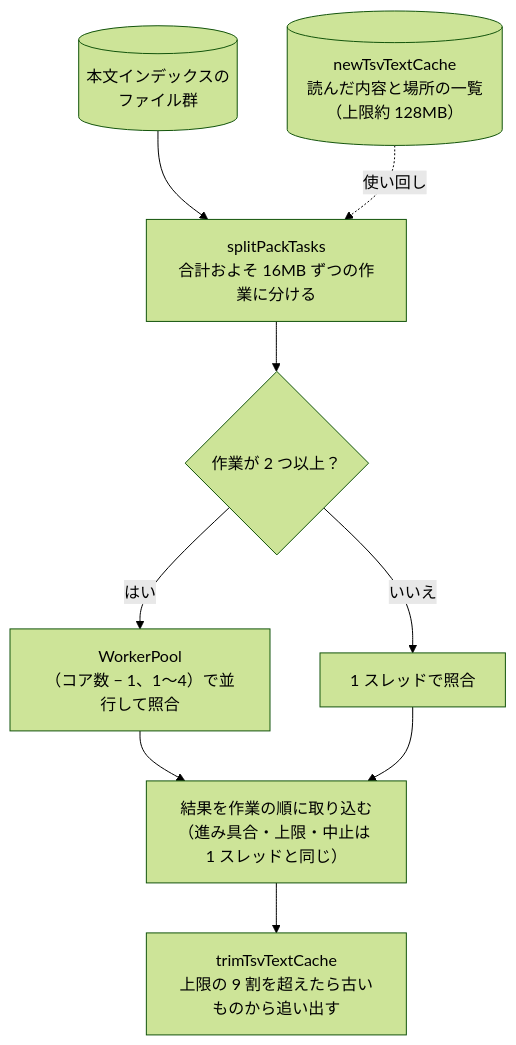
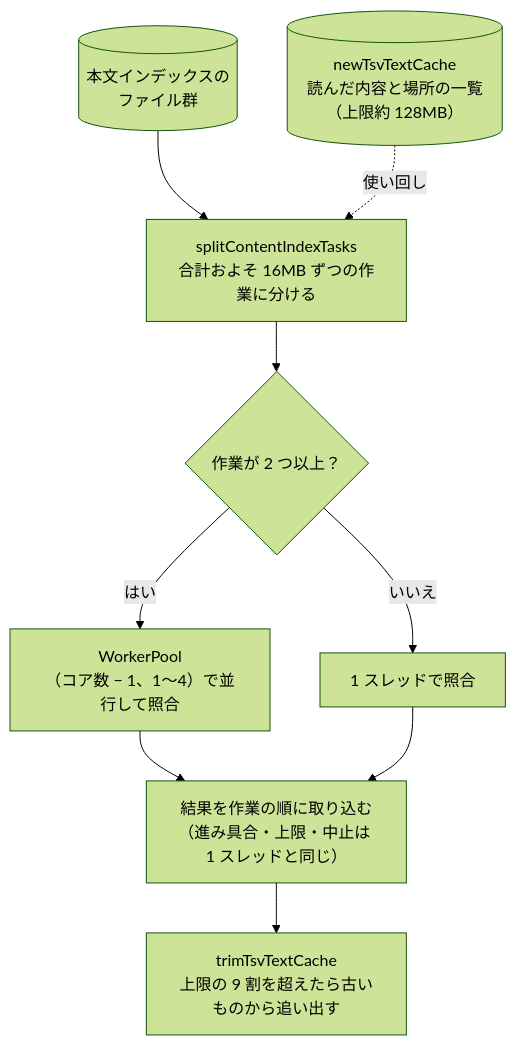
One commit to hsgwa/tebunko changed the diagram in docs/design/search/speed.md. Above: the diagram before and after it, drawn with Mermaid (forest theme). The commit also changed other lines of this file and 81 other files, not shown here.

First line of the commit message:
refactor: 集約ファイル（pack）のコードの名前を本文インデックス（contentIndex）に改める (#185)

````diff
--- a/docs/design/search/speed.md
+++ b/docs/design/search/speed.md
@@ -21,11 +21,11 @@
 ```mermaid
 flowchart TD
-    files[("本文インデックスの<br>ファイル群")] --> split["splitPackTasks<br>合計およそ 16MB ずつの作業に分ける"]
+    files[("本文インデックスの<br>ファイル群")] --> split["splitContentIndexTasks<br>合計およそ 16MB ずつの作業に分ける"]
     split --> many{"作業が 2 つ以上？"}
     many -- はい --> pool["WorkerPool<br>（コア数 − 1、1〜4）で並行して照合"]
     many -- いいえ --> single["1 スレッドで照合"]
     pool --> merge["結果を作業の順に取り込む<br>（進み具合・上限・中止は 1 スレッドと同じ）"]
     single --> merge
     cache[("newTsvTextCache<br>読んだ内容と場所の一覧（上限約 128MB）")] -. 使い回し .-> split
     merge --> trim["trimTsvTextCache<br>上限の 9 割を超えたら古いものから追い出す"]
 ```
````
